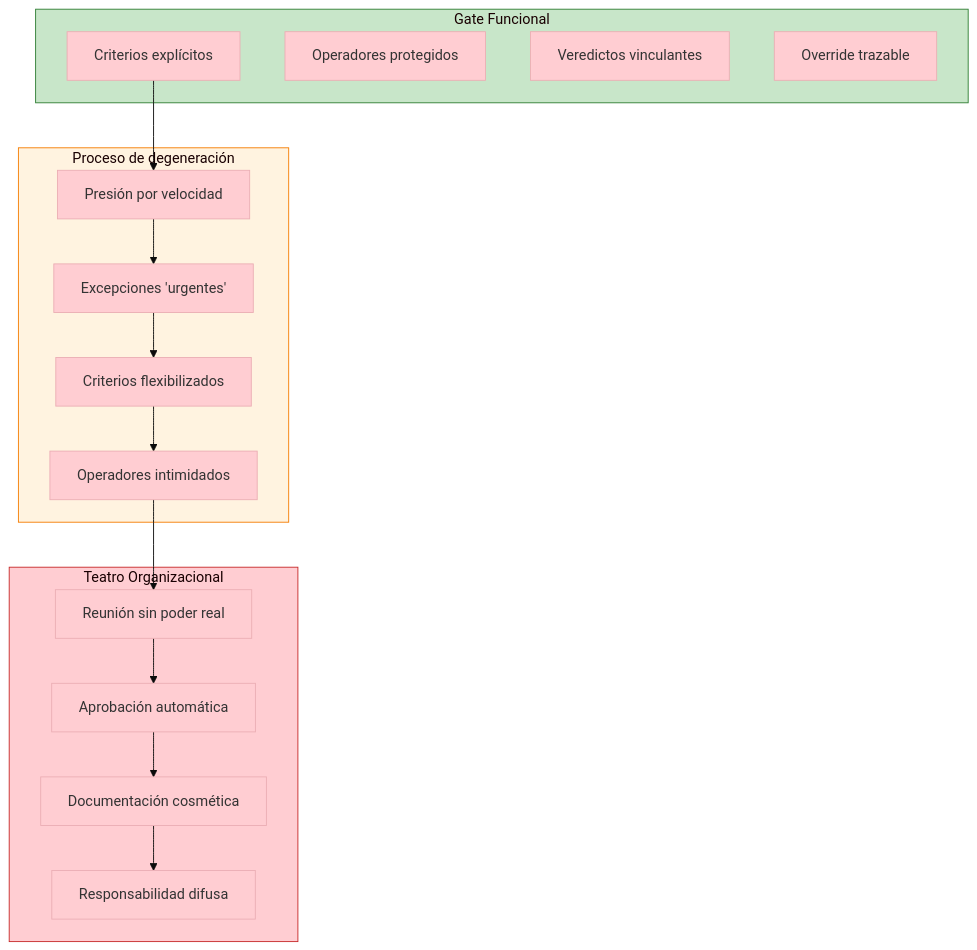
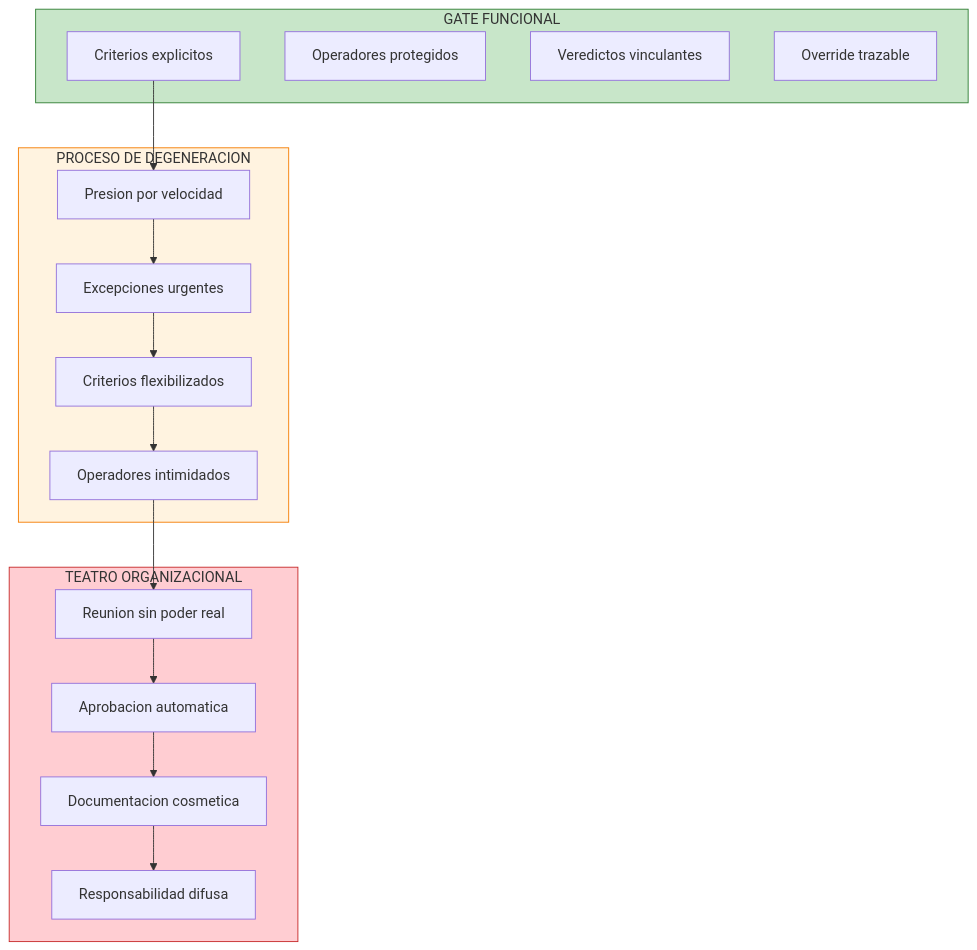
One commit to gonzalezulises/mas-control-mas-caos changed the diagram in assets/diagrams/AppD-antipatrones.mermaid. Above: the diagram before and after it, drawn with Mermaid. The commit also changed 4 other files, not shown here.

First line of the commit message:
Fix diagram layouts with titles on top

```diff
--- a/assets/diagrams/AppD-antipatrones.mermaid
+++ b/assets/diagrams/AppD-antipatrones.mermaid
@@ -1,35 +1,35 @@
-%%{init: {'theme': 'base', 'themeVariables': { 'primaryColor': '#ffcdd2', 'secondaryColor': '#fff3e0'}}}%%
+%%{init: {'flowchart': {'curve': 'basis'}}}%%
 flowchart TB
-    subgraph FUNCIONAL["Gate Funcional"]
-        F1["Criterios explícitos"]
+    subgraph FUNCIONAL["GATE FUNCIONAL"]
+        F1["Criterios explicitos"]
         F2["Operadores protegidos"]
         F3["Veredictos vinculantes"]
         F4["Override trazable"]
     end
 
-    subgraph DEGENERACION["Proceso de degeneración"]
-        D1["Presión por velocidad"]
-        D2["Excepciones 'urgentes'"]
+    subgraph DEGENERACION["PROCESO DE DEGENERACION"]
+        D1["Presion por velocidad"]
+        D2["Excepciones urgentes"]
         D3["Criterios flexibilizados"]
         D4["Operadores intimidados"]
     end
 
-    subgraph TEATRO["Teatro Organizacional"]
-        T1["Reunión sin poder real"]
-        T2["Aprobación automática"]
-        T3["Documentación cosmética"]
+    subgraph TEATRO["TEATRO ORGANIZACIONAL"]
+        T1["Reunion sin poder real"]
+        T2["Aprobacion automatica"]
+        T3["Documentacion cosmetica"]
         T4["Responsabilidad difusa"]
     end
 
     F1 --> D1
     D1 --> D2
     D2 --> D3
     D3 --> D4
     D4 --> T1
     T1 --> T2
     T2 --> T3
     T3 --> T4
 
     style FUNCIONAL fill:#c8e6c9,stroke:#2e7d32
     style DEGENERACION fill:#fff3e0,stroke:#f57c00
     style TEATRO fill:#ffcdd2,stroke:#c62828
```
